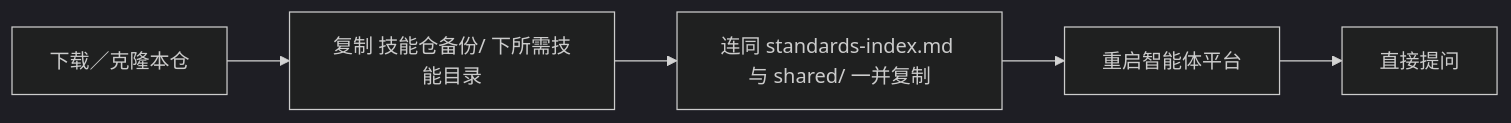
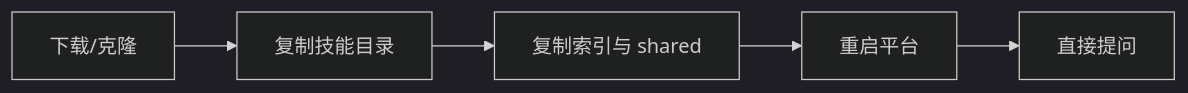
One commit to eiway112/prefab-interior-agent changed the fifth of 5 diagrams in README.md. Above: the diagram before and after it, drawn with Mermaid (dark theme). The commit also changed other lines of this file and 1 other file, not shown here.

First line of the commit message:
feat(公开面): 修复 README 流程图文字截断并校正事实（派生自开发仓 8c5f696）

````diff
--- a/README.md
+++ b/README.md
@@ -209,7 +213,7 @@
 ```mermaid
 flowchart LR
-    D["下载／克隆本仓"] --> C["复制 技能仓备份/ 下所需技能目录"]
-    C --> S["连同 standards-index.md 与 shared/ 一并复制"]
-    S --> R["重启智能体平台"]
+    D["下载/克隆"] --> C["复制技能目录"]
+    C --> S["复制索引与 shared"]
+    S --> R["重启平台"]
     R --> Q["直接提问"]
 ```
````
